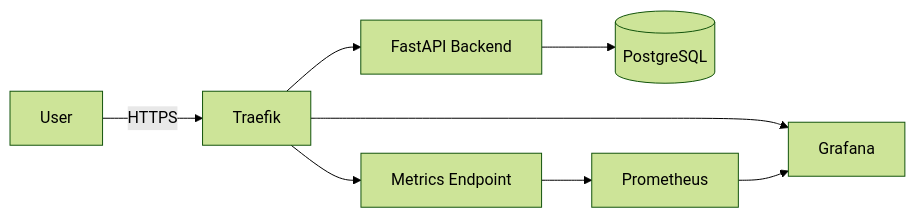
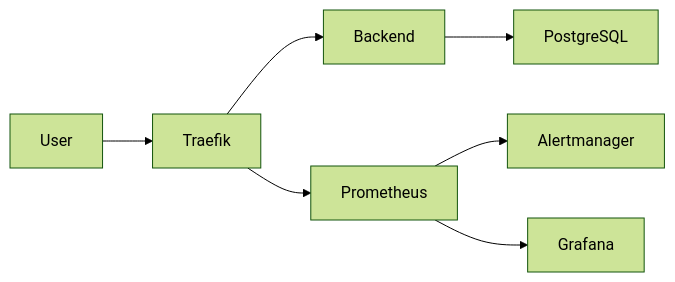
The diagram in README.md (AdrianWojewoda/erp-devops-portfolio), drawn with Mermaid (forest theme) before and after one commit. The commit also changed other lines of this file and 4 other files, not shown here.

Commit message:
docs: align architecture documentation with v0.6 alerting milestone

````diff
--- a/README.md
+++ b/README.md
@@ -86,10 +80,9 @@
 ```mermaid
 flowchart LR
-  U[User] -->|HTTPS| T[Traefik]
-  T --> ERP[FastAPI Backend]
-  T --> G[Grafana]
-  ERP --> DB[(PostgreSQL)]
-  T --> M[Metrics Endpoint]
-  M --> P[Prometheus]
-  P --> G
+  User --> Traefik
+  Traefik --> Backend
+  Backend --> PostgreSQL
+  Traefik --> Prometheus
+  Prometheus --> Alertmanager
+  Prometheus --> Grafana
 ```
````
